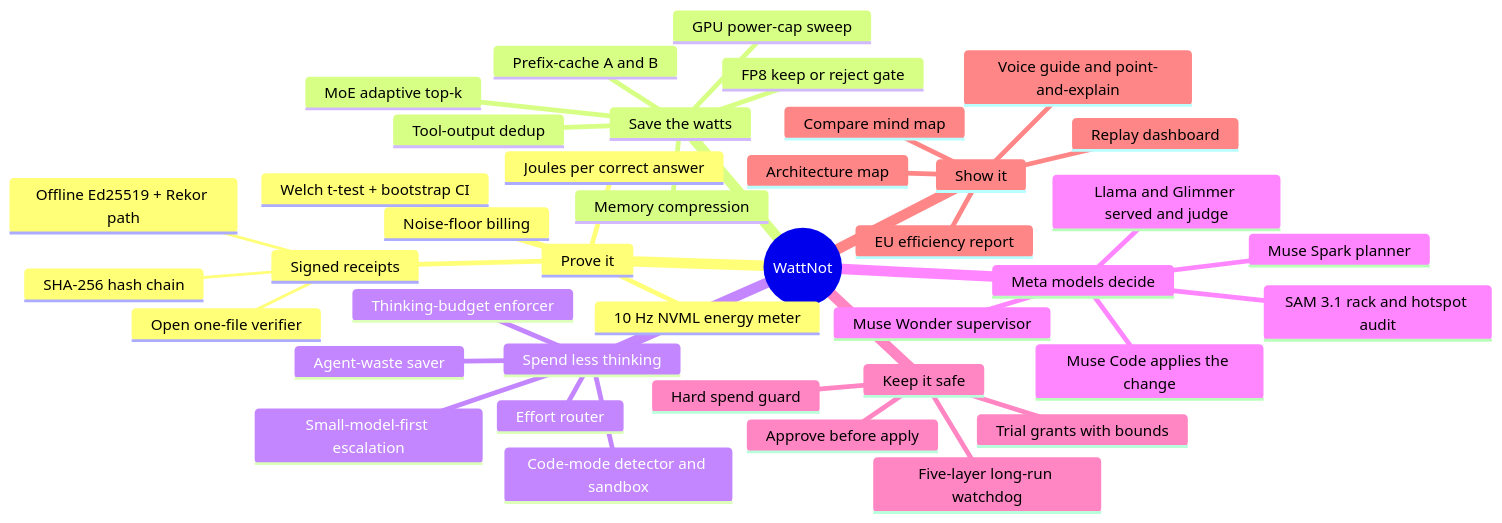
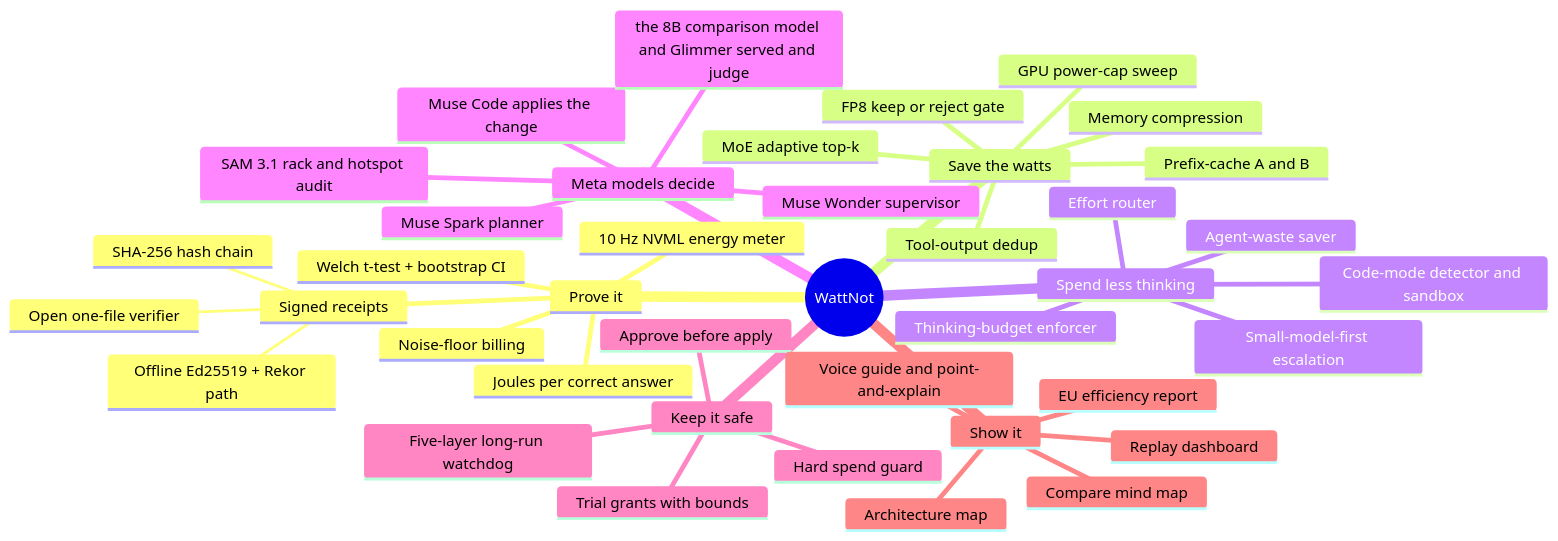
One commit to ak9381/wattnot changed the first of 2 diagrams in docs/JOURNEY.md. Above: the diagram before and after it, drawn with Mermaid. The commit also changed other lines of this file and 20 other files, not shown here.

Commit message:
Docs: drop Llama mentions; HOOKS and explain fixture use the Glimmer rerun ids

````diff
--- a/docs/JOURNEY.md
+++ b/docs/JOURNEY.md
@@ -32,43 +32,43 @@
 ```mermaid
 mindmap
   root((WattNot))
     Prove it
       Signed receipts
         SHA-256 hash chain
         Offline Ed25519 + Rekor path
         Open one-file verifier
       10 Hz NVML energy meter
       Welch t-test + bootstrap CI
       Joules per correct answer
       Noise-floor billing
     Save the watts
       GPU power-cap sweep
       MoE adaptive top-k
       Prefix-cache A and B
       Memory compression
       Tool-output dedup
       FP8 keep or reject gate
     Spend less thinking
       Agent-waste saver
       Code-mode detector and sandbox
       Thinking-budget enforcer
       Small-model-first escalation
       Effort router
     Meta models decide
       Muse Spark planner
       Muse Wonder supervisor
       Muse Code applies the change
       SAM 3.1 rack and hotspot audit
-      Llama and Glimmer served and judge
+      the 8B comparison model and Glimmer served and judge
     Keep it safe
       Approve before apply
       Trial grants with bounds
       Five-layer long-run watchdog
       Hard spend guard
     Show it
       Replay dashboard
       Architecture map
       Compare mind map
       EU efficiency report
       Voice guide and point-and-explain
 ```
````
